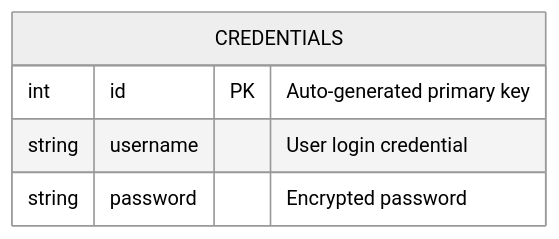
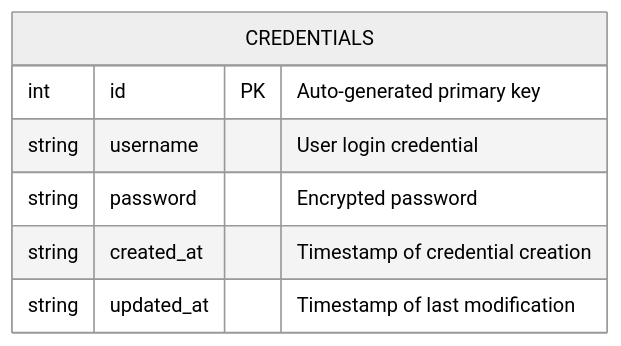
One commit to eWarzywo/project-mobilki changed the first of 2 diagrams in README.md. Above: the diagram before and after it, drawn with Mermaid (neutral theme). The commit also changed other lines of this file and 2 other files, not shown here.

````diff
--- a/README.md
+++ b/README.md
@@ -73,8 +82,10 @@
 ```mermaid
 erDiagram
     CREDENTIALS {
         int id PK "Auto-generated primary key"
         string username "User login credential"
         string password "Encrypted password"
+        string created_at "Timestamp of credential creation"
+        string updated_at "Timestamp of last modification"
     }
 ```
````
